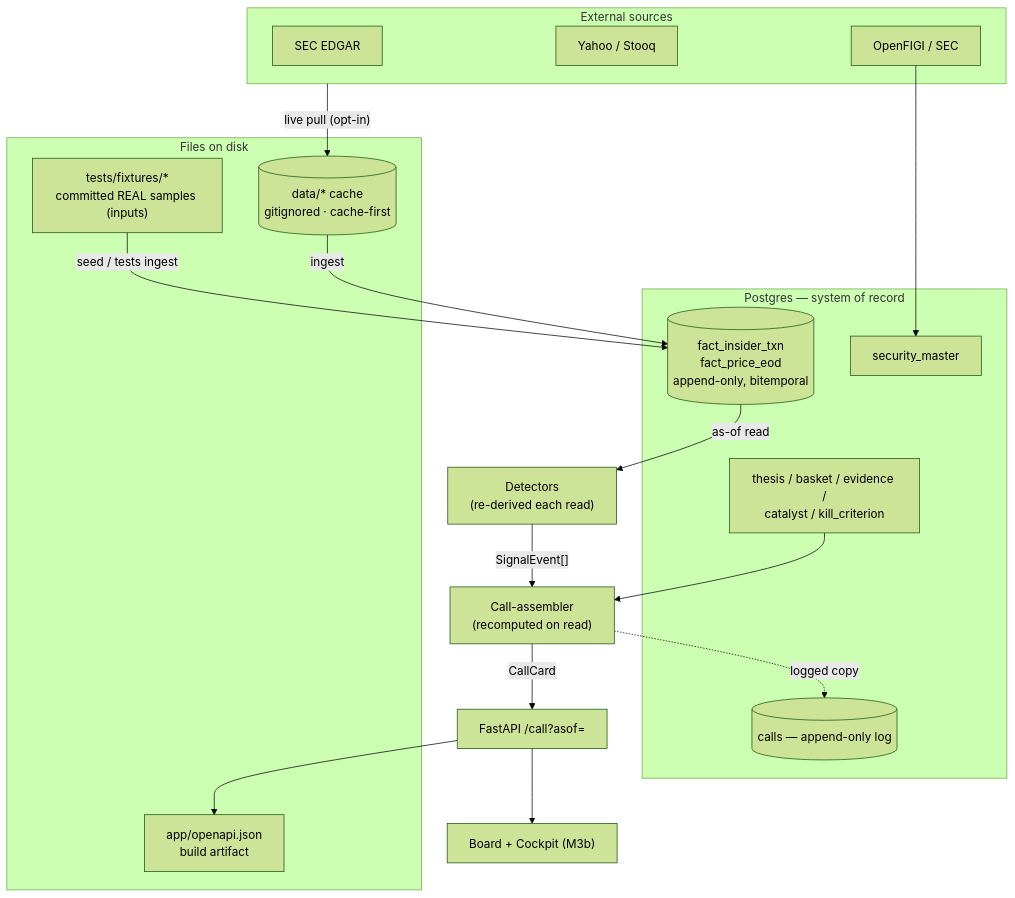
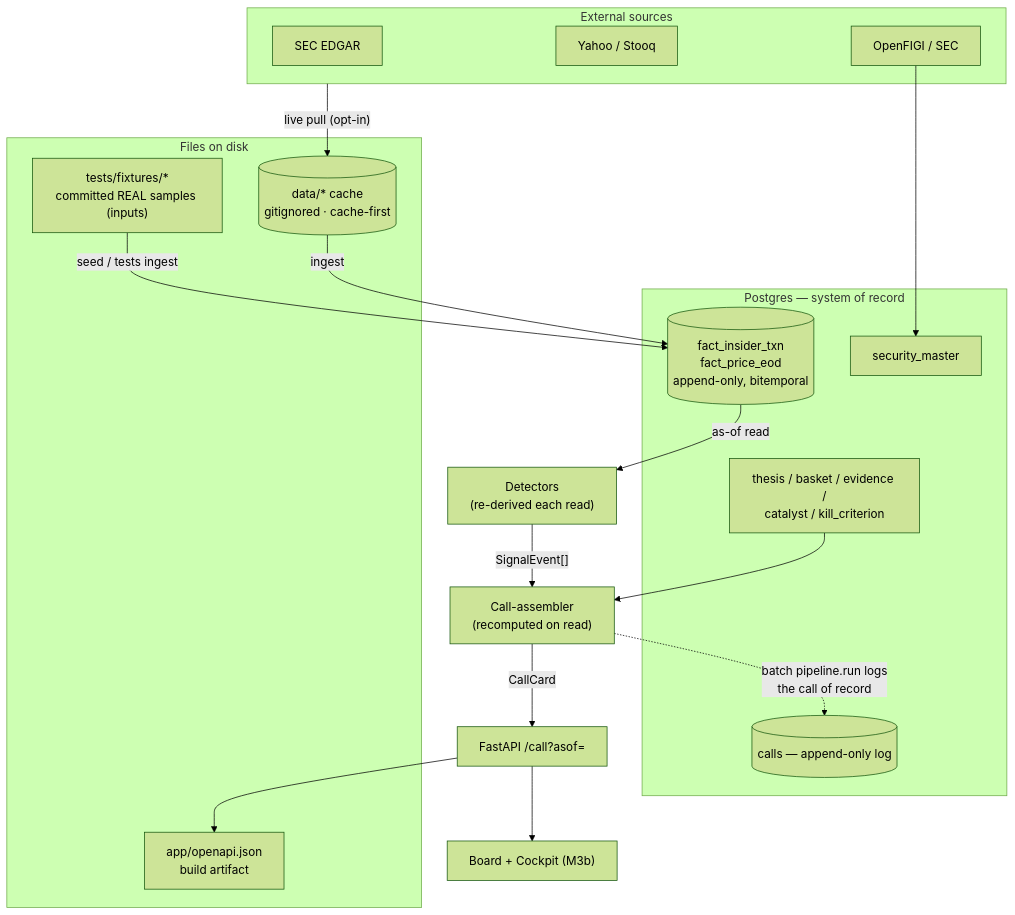
The diagram in docs/DATA_FLOW.md (oakwoodgates/alphadeck), drawn with Mermaid (forest theme) before and after one commit. The commit also changed other lines of this file and 5 other files, not shown here.

````diff
--- a/docs/DATA_FLOW.md
+++ b/docs/DATA_FLOW.md
@@ -54,28 +54,28 @@
 ```mermaid
 flowchart TD
     subgraph SRC["External sources"]
       EDGAR["SEC EDGAR"]; YH["Yahoo / Stooq"]; FIGI["OpenFIGI / SEC"]
     end
     subgraph DISK["Files on disk"]
       FIX["tests/fixtures/*<br/>committed REAL samples (inputs)"]
       CACHE[("data/*  cache<br/>gitignored · cache-first")]
       OAPI["app/openapi.json<br/>build artifact"]
     end
     subgraph DB["Postgres — system of record"]
       SM["security_master"]
       FACTS[("fact_insider_txn<br/>fact_price_eod<br/>append-only, bitemporal")]
       SPINE["thesis / basket / evidence /<br/>catalyst / kill_criterion"]
       CALLS[("calls — append-only log")]
     end
     SRC -->|"live pull (opt-in)"| CACHE
     CACHE -->|ingest| FACTS
     FIX -->|"seed / tests ingest"| FACTS
     FIGI --> SM
     FACTS -->|"as-of read"| DET["Detectors<br/>(re-derived each read)"]
     SPINE --> ASM
     DET -->|"SignalEvent[]"| ASM["Call-assembler<br/>(recomputed on read)"]
     ASM -->|CallCard| API["FastAPI /call?asof="]
-    ASM -.->|"logged copy"| CALLS
+    ASM -.->|"batch pipeline.run logs<br/>the call of record"| CALLS
     API --> UI["Board + Cockpit (M3b)"]
     API --> OAPI
 ```
````
